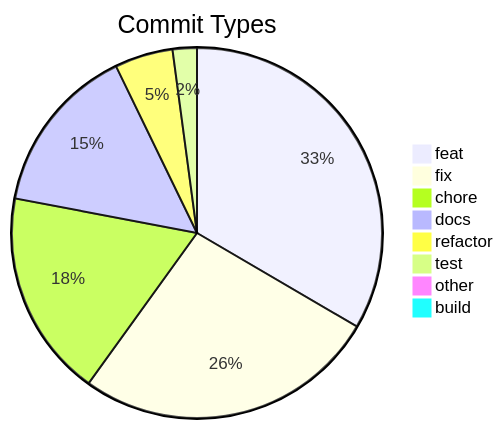
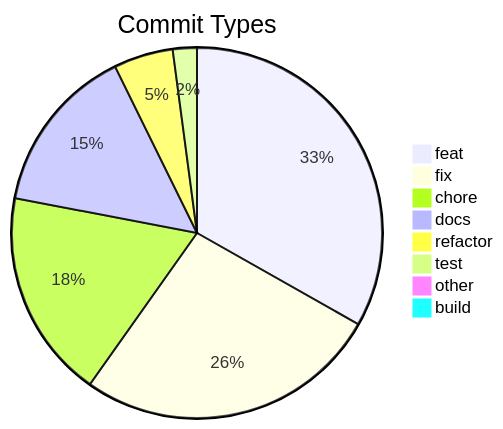
One commit to svenroth-ai/shipwright changed the diagram in .shipwright/compliance/change-history.md. Above: the diagram before and after it, drawn with Mermaid. The commit also changed other lines of this file and 18 other files, not shown here.

````diff
--- a/.shipwright/compliance/change-history.md
+++ b/.shipwright/compliance/change-history.md
@@ -8,11 +8,11 @@
 ```mermaid
 pie title Commit Types
     "feat" : 237
-    "fix" : 188
-    "chore" : 128
+    "fix" : 190
+    "chore" : 130
     "docs" : 105
-    "refactor" : 36
+    "refactor" : 37
     "test" : 15
     "other" : 7
     "build" : 1
 ```
````
